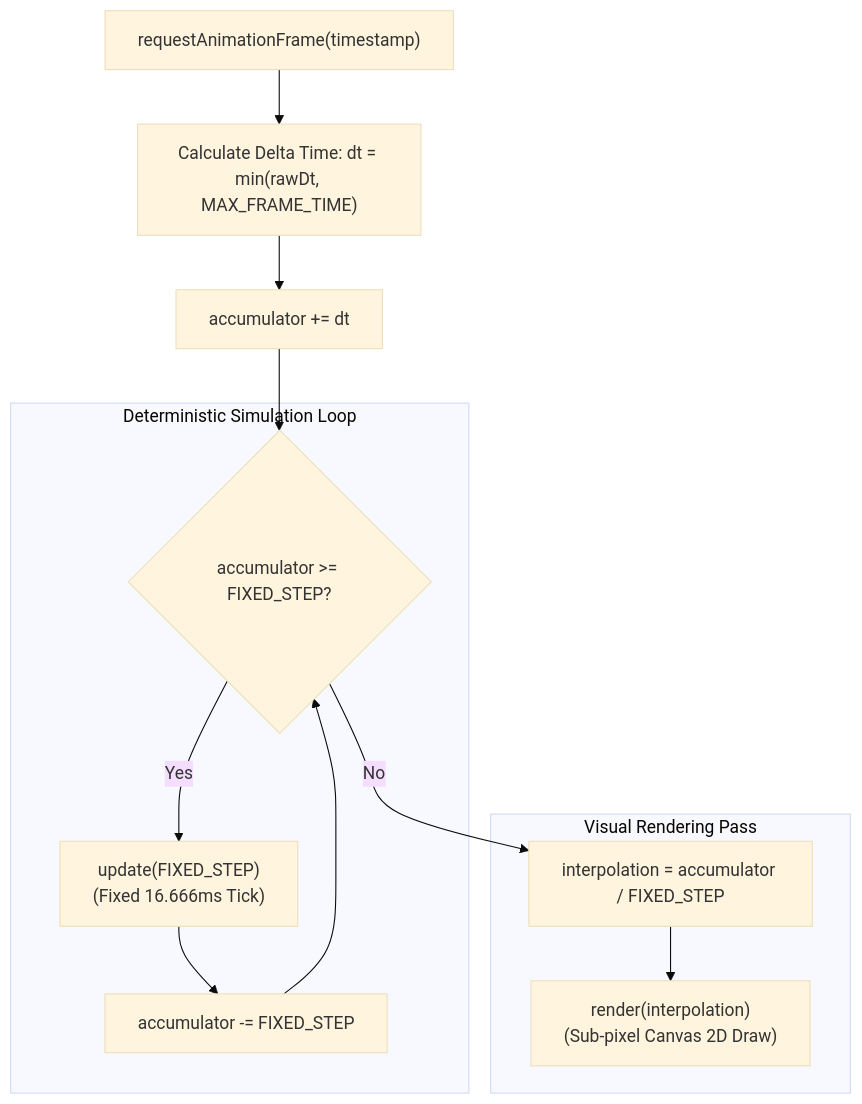
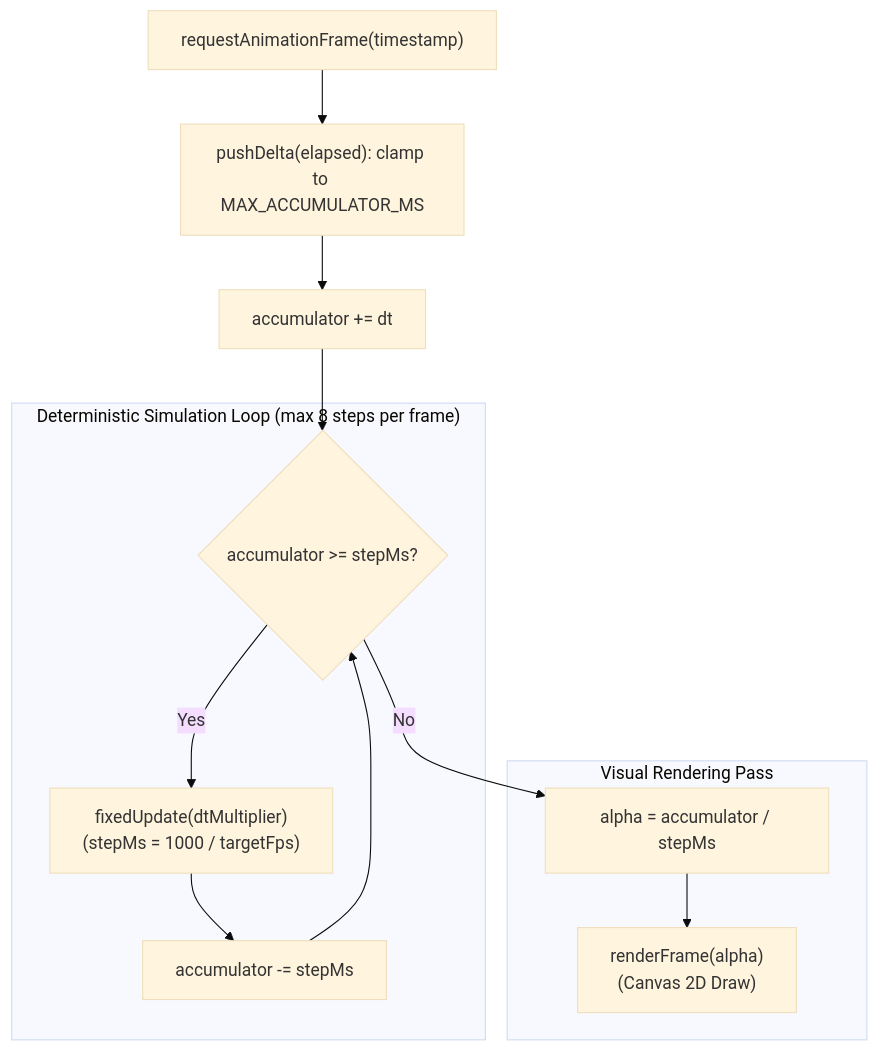
Before and after one commit to beoArcha/oXyFlow.VibrantCastle: the first of 3 diagrams in docs/manifesto/ENGINEERING.md, drawn with Mermaid (base theme). The commit also changed other lines of this file and 8 other files, not shown here.

````diff
--- a/docs/manifesto/ENGINEERING.md
+++ b/docs/manifesto/ENGINEERING.md
@@ -35,27 +35,27 @@
 ```mermaid
 graph TD
     FrameStart["requestAnimationFrame(timestamp)"]
-    DeltaCalc["Calculate Delta Time: dt = min(rawDt, MAX_FRAME_TIME)"]
+    DeltaCalc["pushDelta(elapsed): clamp to MAX_ACCUMULATOR_MS"]
     Accumulate["accumulator += dt"]
 
-    subgraph FixedLoop["Deterministic Simulation Loop"]
-        Condition{"accumulator >= FIXED_STEP?"}
-        UpdateStep["update(FIXED_STEP)<br/>(Fixed 16.666ms Tick)"]
-        SubAccum["accumulator -= FIXED_STEP"]
+    subgraph FixedLoop["Deterministic Simulation Loop (max 8 steps per frame)"]
+        Condition{"accumulator >= stepMs?"}
+        UpdateStep["fixedUpdate(dtMultiplier)<br/>(stepMs = 1000 / targetFps)"]
+        SubAccum["accumulator -= stepMs"]
 
         Condition -- Yes --> UpdateStep
         UpdateStep --> SubAccum
         SubAccum --> Condition
     end
 
     subgraph RenderPass["Visual Rendering Pass"]
-        AlphaCalc["interpolation = accumulator / FIXED_STEP"]
-        RenderStep["render(interpolation)<br/>(Sub-pixel Canvas 2D Draw)"]
+        AlphaCalc["alpha = accumulator / stepMs"]
+        RenderStep["renderFrame(alpha)<br/>(Canvas 2D Draw)"]
     end
 
     FrameStart --> DeltaCalc
     DeltaCalc --> Accumulate
     Accumulate --> Condition
     Condition -- No --> AlphaCalc
     AlphaCalc --> RenderStep
 ```
````
